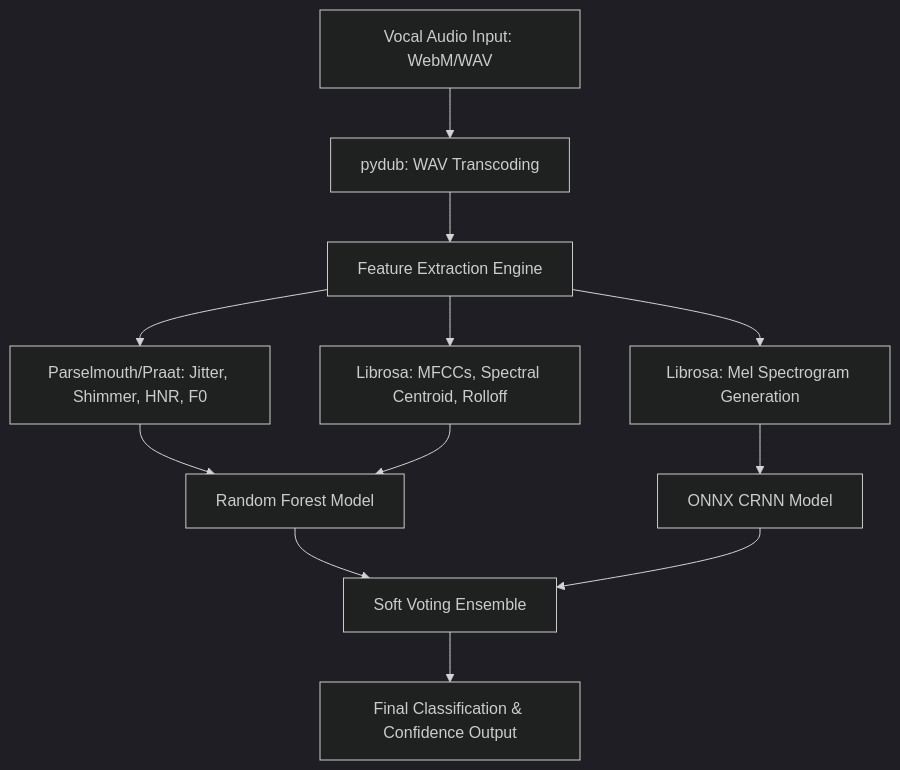
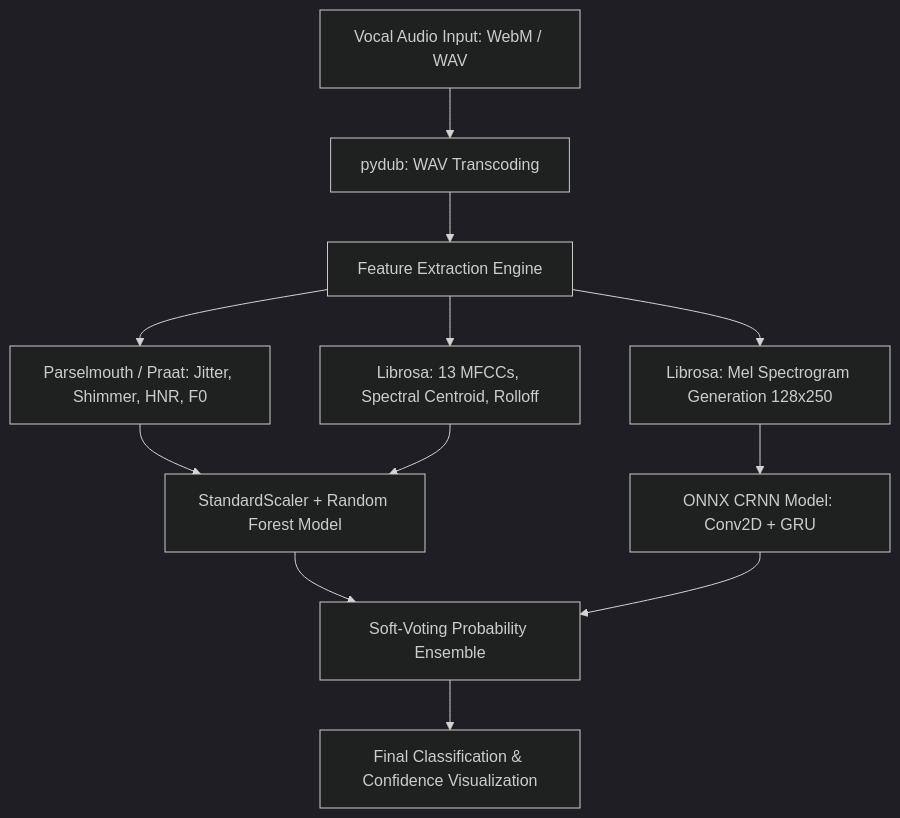
Before and after one commit to keerthanakulal/NeuroVocal-disease: the diagram in README.md, drawn with Mermaid (dark theme). The commit also changed other lines of this file, not shown here.

Commit message:
Docs: Add live deployment URLs and updated architecture to README.md

````diff
--- a/README.md
+++ b/README.md
@@ -77,13 +92,13 @@
 ```mermaid
 graph TD
-    A[Vocal Audio Input: WebM/WAV] --> B[pydub: WAV Transcoding]
+    A[Vocal Audio Input: WebM / WAV] --> B[pydub: WAV Transcoding]
     B --> C[Feature Extraction Engine]
-    C --> D[Parselmouth/Praat: Jitter, Shimmer, HNR, F0]
-    C --> E[Librosa: MFCCs, Spectral Centroid, Rolloff]
-    C --> F[Librosa: Mel Spectrogram Generation]
-    D & E --> G[Random Forest Model]
-    F --> H[ONNX CRNN Model]
-    G --> I[Soft Voting Ensemble]
+    C --> D[Parselmouth / Praat: Jitter, Shimmer, HNR, F0]
+    C --> E[Librosa: 13 MFCCs, Spectral Centroid, Rolloff]
+    C --> F[Librosa: Mel Spectrogram Generation 128x250]
+    D & E --> G[StandardScaler + Random Forest Model]
+    F --> H[ONNX CRNN Model: Conv2D + GRU]
+    G --> I[Soft-Voting Probability Ensemble]
     H --> I
-    I --> J[Final Classification & Confidence Output]
+    I --> J[Final Classification & Confidence Visualization]
 ```
````
